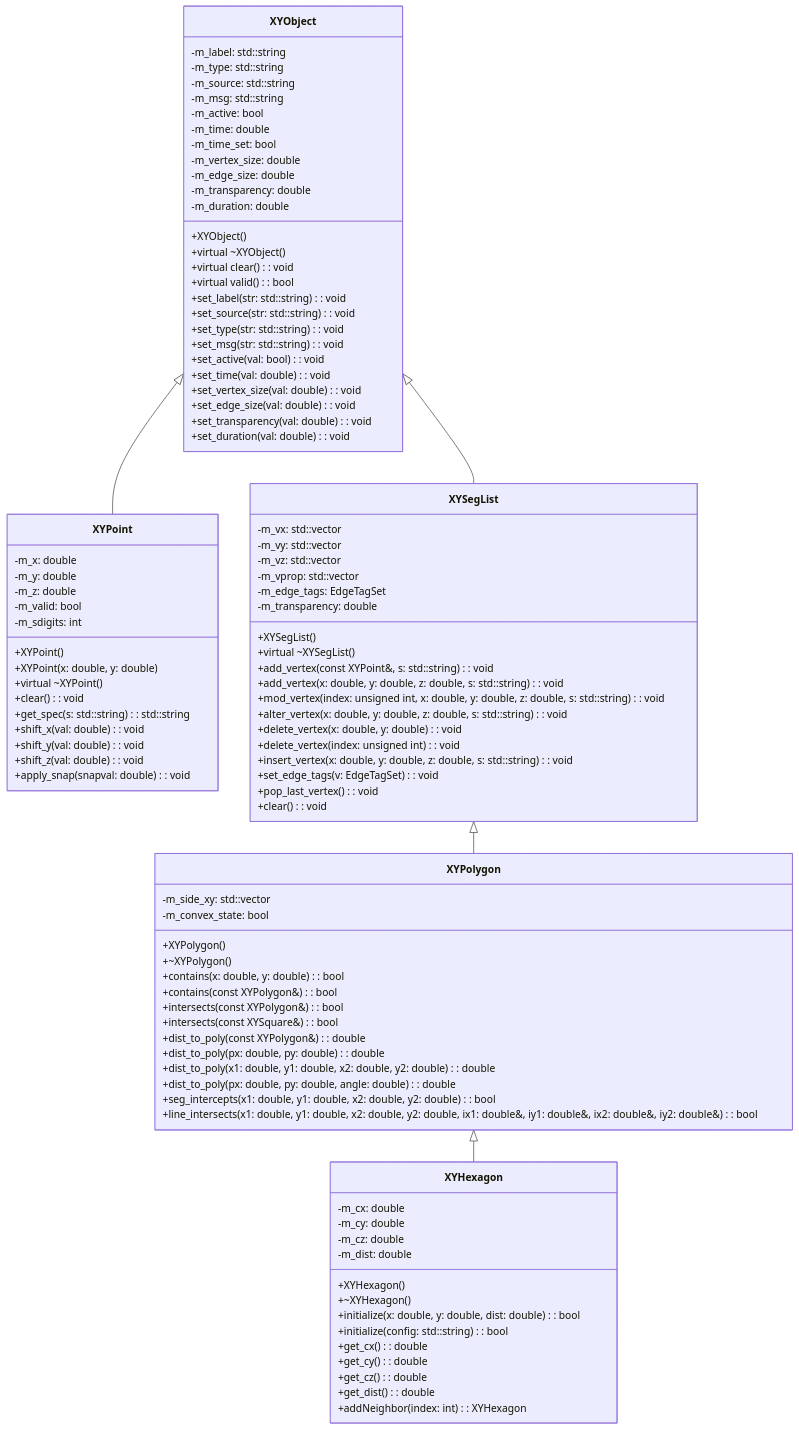
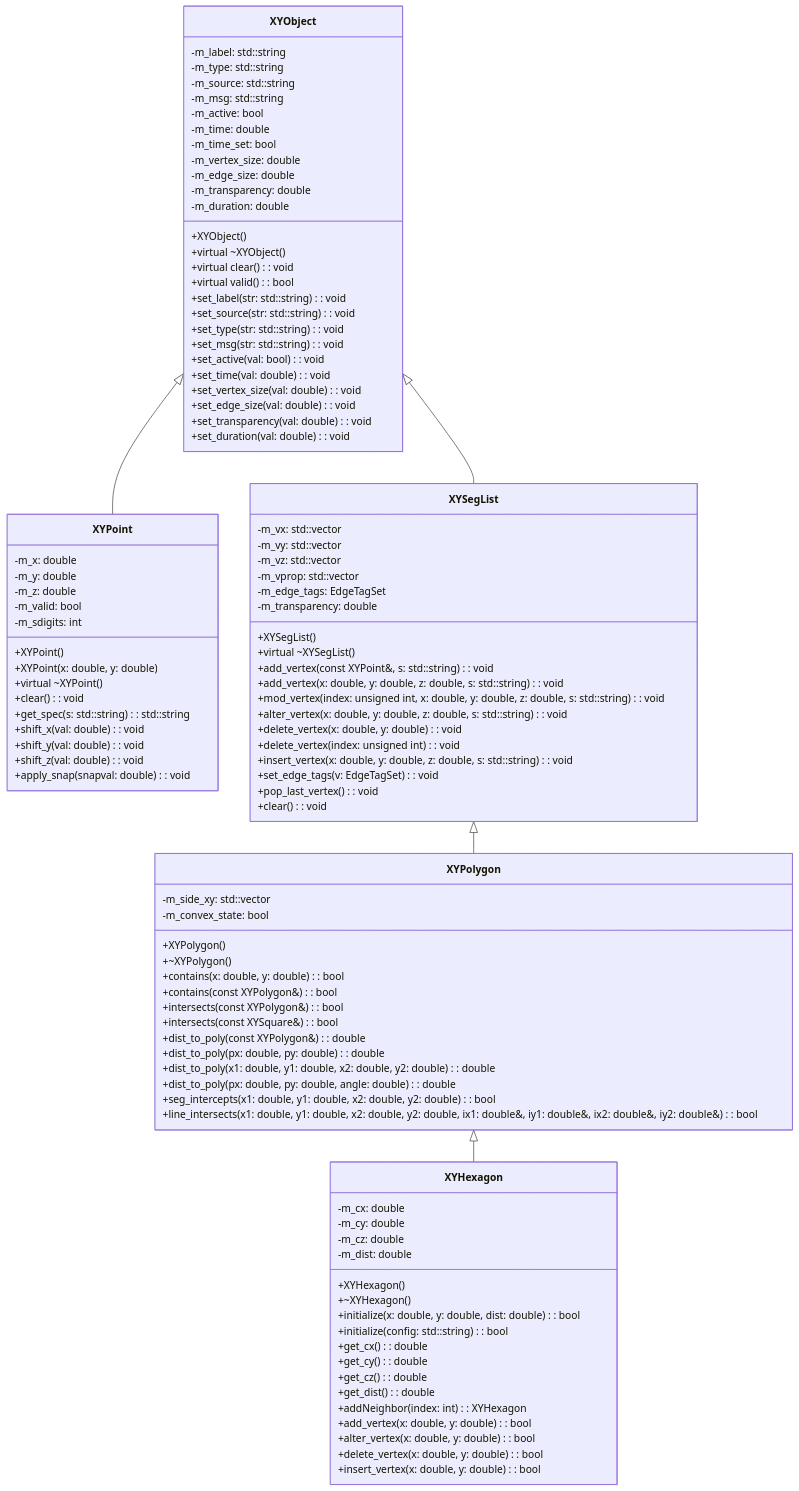
Before and after one commit to ARG-NCTU/oop-python-nycu: the third of 3 diagrams in docs/oop_lec9_class_diagrams/team_ta_pyivp.md, drawn with Mermaid.

Commit message:
Update team_ta_pyivp.md - update XYHexagon

```diff
--- a/docs/oop_lec9_class_diagrams/team_ta_pyivp.md
+++ b/docs/oop_lec9_class_diagrams/team_ta_pyivp.md
@@ -125,7 +125,7 @@
         -m_convex_state: bool
     }
 
-    class XYHexagon {
+class XYHexagon {
         +XYHexagon()
         +~XYHexagon()
         +initialize(x: double, y: double, dist: double): bool
@@ -135,6 +135,10 @@
         +get_cz(): double
         +get_dist(): double
         +addNeighbor(index: int): XYHexagon
+        +add_vertex(x: double, y: double): bool
+        +alter_vertex(x: double, y: double): bool
+        +delete_vertex(x: double, y: double): bool
+        +insert_vertex(x: double, y: double): bool
         -m_cx: double
         -m_cy: double
         -m_cz: double
```
